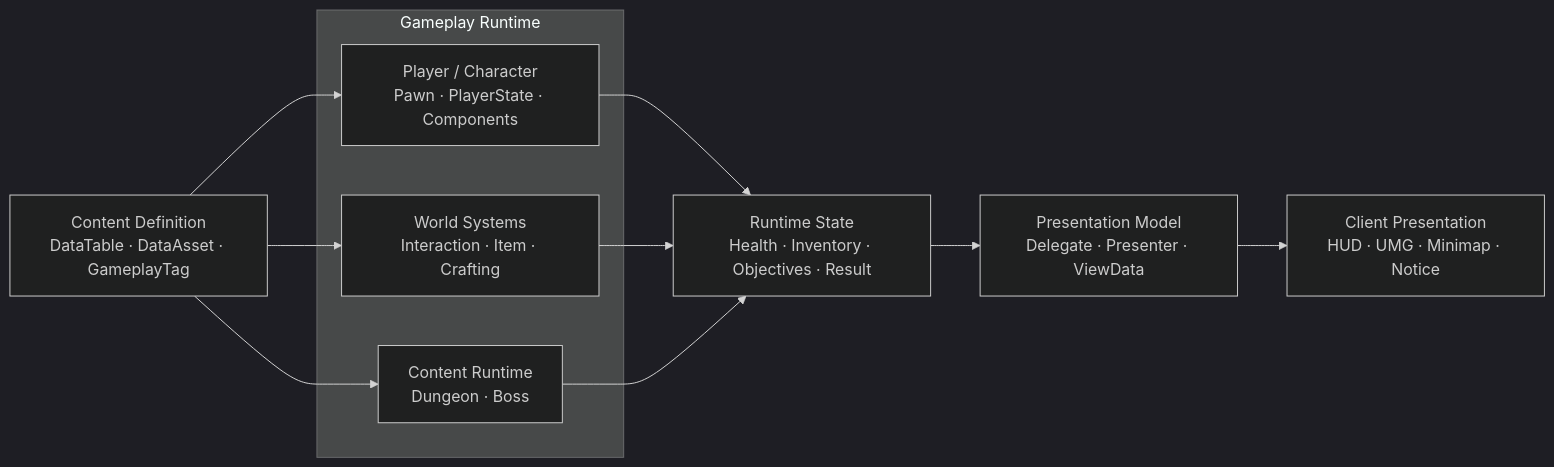
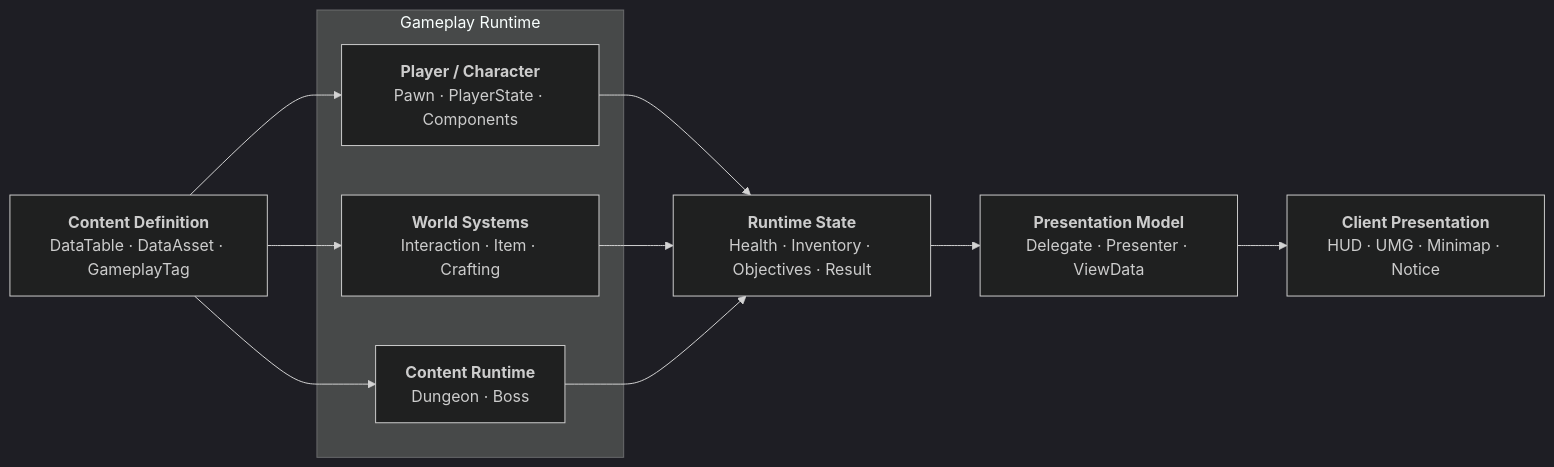
One commit to chungheonLee0325/Sonheim changed the diagram in Doc/Wiki/02_Gameplay_Architecture.md. Above: the diagram before and after it, drawn with Mermaid (dark theme). The commit also changed other lines of this file, not shown here.

Commit message:
docs: clarify architecture diagram and reuse section

````diff
--- a/Doc/Wiki/02_Gameplay_Architecture.md
+++ b/Doc/Wiki/02_Gameplay_Architecture.md
@@ -17,25 +17,25 @@
 ```mermaid
 flowchart LR
-    DATA["Content Definition<br/>DataTable · DataAsset · GameplayTag"]
+    DATA["<b>Content Definition</b><br/>DataTable · DataAsset · GameplayTag"]
 
     subgraph GAMEPLAY["Gameplay Runtime"]
-        PLAYER["Player / Character<br/>Pawn · PlayerState · Components"]
-        WORLD["World Systems<br/>Interaction · Item · Crafting"]
-        CONTENT["Content Runtime<br/>Dungeon · Boss"]
+        PLAYER["<b>Player / Character</b><br/>Pawn · PlayerState · Components"]
+        WORLD["<b>World Systems</b><br/>Interaction · Item · Crafting"]
+        CONTENT["<b>Content Runtime</b><br/>Dungeon · Boss"]
     end
 
-    STATE["Runtime State<br/>Health · Inventory · Objectives · Result"]
-    VIEW["Presentation Model<br/>Delegate · Presenter · ViewData"]
-    UI["Client Presentation<br/>HUD · UMG · Minimap · Notice"]
+    STATE["<b>Runtime State</b><br/>Health · Inventory · Objectives · Result"]
+    VIEW["<b>Presentation Model</b><br/>Delegate · Presenter · ViewData"]
+    UI["<b>Client Presentation</b><br/>HUD · UMG · Minimap · Notice"]
 
     DATA --> PLAYER
     DATA --> WORLD
     DATA --> CONTENT
 
     PLAYER --> STATE
     WORLD --> STATE
     CONTENT --> STATE
 
     STATE --> VIEW
     VIEW --> UI
 ```
````
